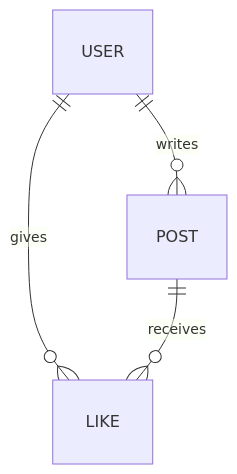
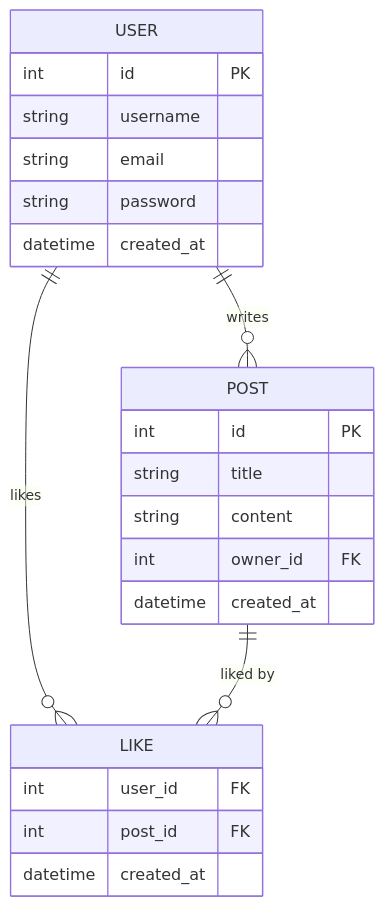
Before and after one commit to wesleymadike-1/FastApi-project: the second of 4 diagrams in README.md, drawn with Mermaid. The commit also changed other lines of this file, not shown here.

````diff
--- a/README.md
+++ b/README.md
@@ -256,6 +315,26 @@
 ```mermaid
 erDiagram
-        USER ||--o{ POST : "writes"
-        USER ||--o{ LIKE : "gives"
-        POST ||--o{ LIKE : "receives"
+    USER ||--o{ POST : "writes"
+    USER ||--o{ LIKE : "likes"
+    POST ||--o{ LIKE : "liked by"
+
+    USER {
+        int id PK
+        string username
+        string email
+        string password
+        datetime created_at
+    }
+    POST {
+        int id PK
+        string title
+        string content
+        int owner_id FK
+        datetime created_at
+    }
+    LIKE {
+        int user_id FK
+        int post_id FK
+        datetime created_at
+    }
 ```
````
